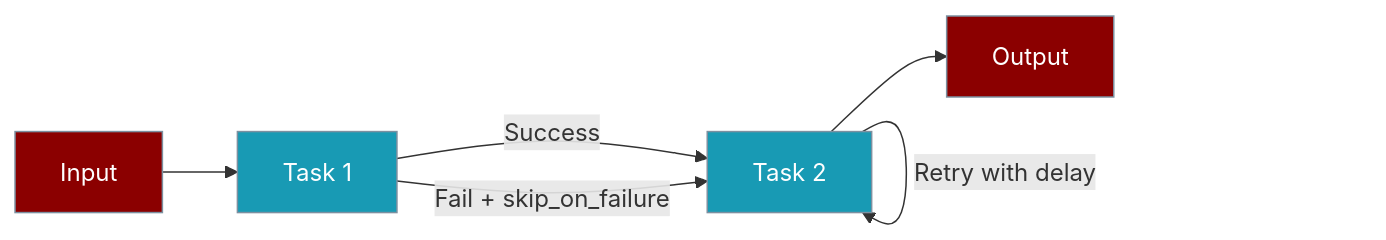
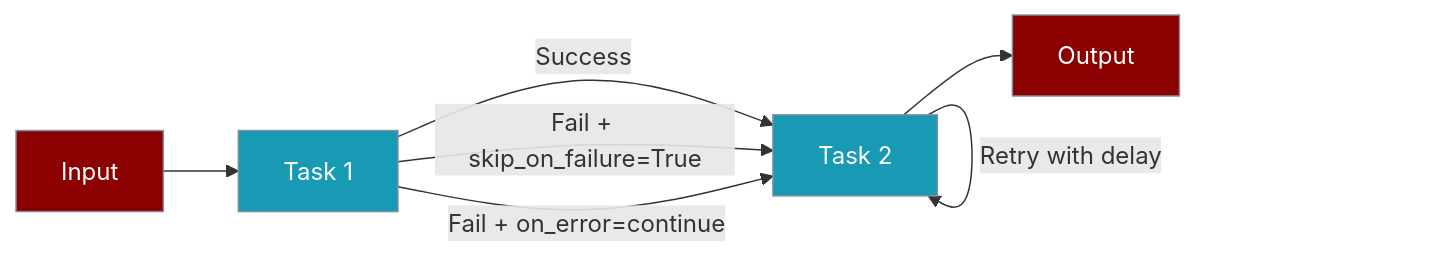
One commit to MervinPraison/PraisonAIDocs changed the first of 3 diagrams in docs/features/robustness.mdx. Above: the diagram before and after it, drawn with Mermaid. The commit also changed other lines of this file and 3 other files, not shown here.

````diff
--- a/docs/features/robustness.mdx
+++ b/docs/features/robustness.mdx
@@ -29,15 +33,16 @@
 ```mermaid
 graph LR
     Input[Input] --> Task1[Task 1]
     Task1 --> |Success| Task2[Task 2]
-    Task1 --> |Fail + skip_on_failure| Task2
+    Task1 --> |Fail + skip_on_failure=True| Task2
+    Task1 --> |Fail + on_error=continue| Task2
     Task2 --> |Retry with delay| Task2
     Task2 --> Output[Output]
 
     classDef agent fill:#8B0000,stroke:#7C90A0,color:#fff
     classDef tool fill:#189AB4,stroke:#7C90A0,color:#fff
     classDef output fill:#10B981,stroke:#7C90A0,color:#fff
 
     class Input,Output agent
     class Task1,Task2 tool
 ```
````
